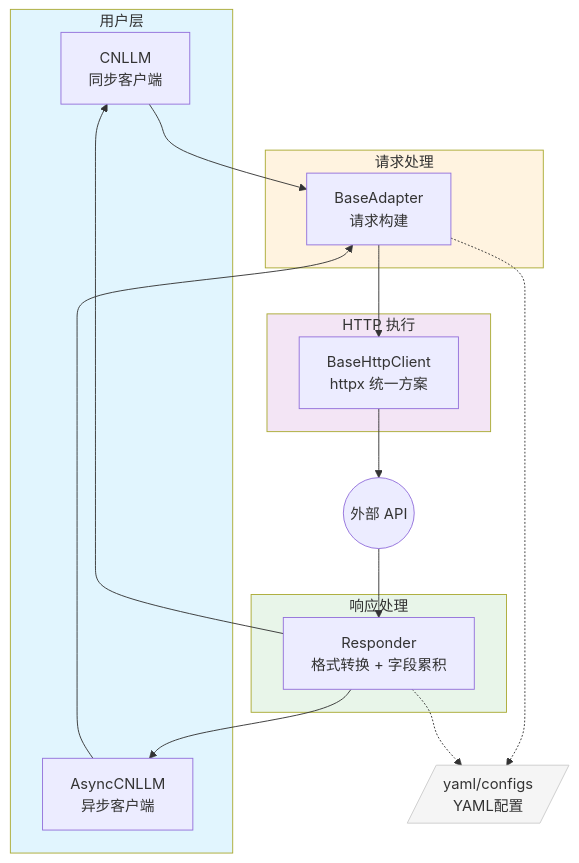
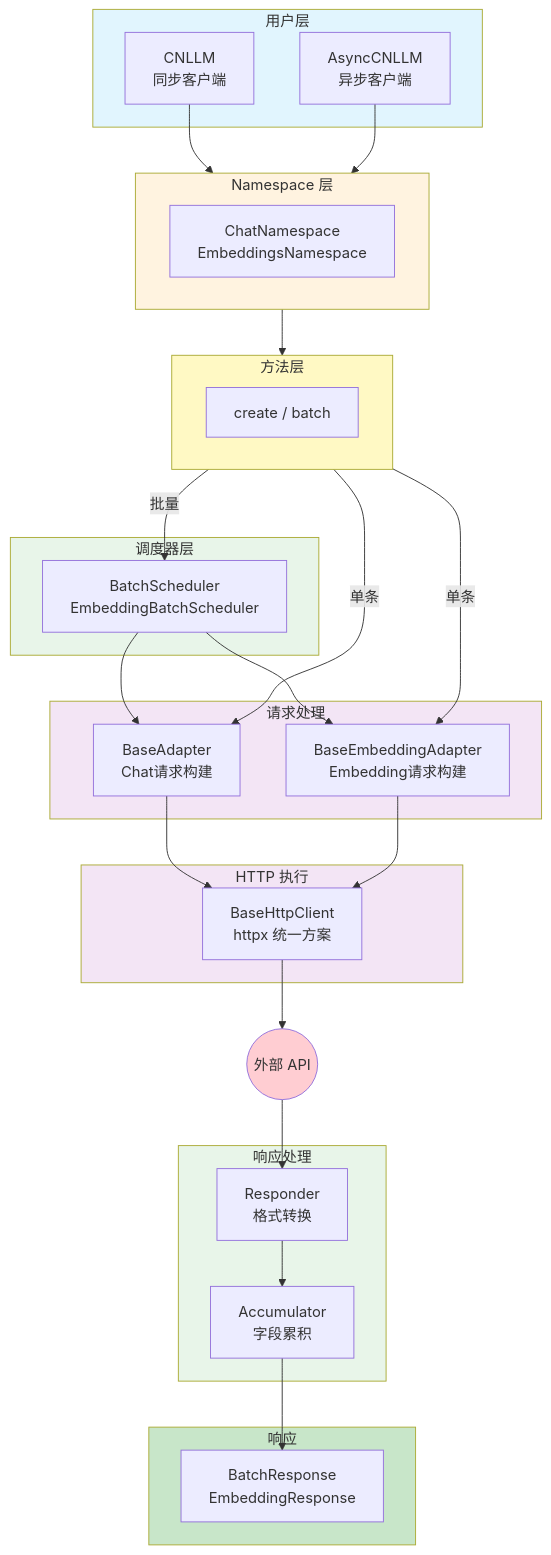
Before and after one commit to kanchengw/cnllm: the first of 7 diagrams in docs/ARCHITECTURE.md, drawn with Mermaid. The commit also changed other lines of this file and 46 other files, not shown here.

Commit message:
embedding/batch/async interface

````diff
--- a/docs/ARCHITECTURE.md
+++ b/docs/ARCHITECTURE.md
@@ -7,36 +70,59 @@
 ```mermaid
 flowchart TD
     subgraph 用户层["用户层"]
         A[CNLLM<br/>同步客户端]
         A2[AsyncCNLLM<br/>异步客户端]
     end
 
+    subgraph Namespace["Namespace 层"]
+        B[ChatNamespace<br/>EmbeddingsNamespace]
+    end
+
+    subgraph Method["方法层"]
+        C[create / batch]
+    end
+
+    subgraph Scheduler["调度器层"]
+        D[BatchScheduler<br/>EmbeddingBatchScheduler]
+    end
+
     subgraph 请求处理["请求处理"]
-        B[BaseAdapter<br/>请求构建]
+        E[BaseAdapter<br/>Chat请求构建]
+        E2[BaseEmbeddingAdapter<br/>Embedding请求构建]
     end
 
     subgraph HTTP执行["HTTP 执行"]
-        C[BaseHttpClient<br/>httpx 统一方案]
+        F[BaseHttpClient<br/>httpx 统一方案]
     end
 
     subgraph 响应处理["响应处理"]
-        E[Responder<br/>格式转换 + 字段累积]
+        G[Responder<br/>格式转换]
+        H[Accumulator<br/>字段累积]
     end
 
-    A --> B
-    A2 --> B
-    B --> C
-    C --> D((外部 API))
-    D --> E
-    E --> A
-    E --> A2
+    subgraph 响应["响应"]
+        I[BatchResponse<br/>EmbeddingResponse]
+    end
 
-    B -.-> G[/yaml/configs<br/>YAML配置/]
-    E -.-> G
+    A --> Namespace
+    A2 --> Namespace
+    Namespace --> Method
+    Method -->|单条| E & E2
+    Method -->|批量| D
+    D --> E & E2
+    E & E2 --> F
+    F --> API((外部 API))
+    API --> G
+    G --> H
+    H --> I
 
     style 用户层 fill:#e1f5fe
-    style 请求处理 fill:#fff3e0
+    style Namespace fill:#fff3e0
+    style Method fill:#fff9c4
+    style Scheduler fill:#e8f5e9
+    style 请求处理 fill:#f3e5f5
     style HTTP执行 fill:#f3e5f5
     style 响应处理 fill:#e8f5e9
-    style G fill:#f5f5f5,stroke:#ccc
+    style 响应 fill:#c8e6c9
+    style API fill:#ffcdd2
 ```
````
